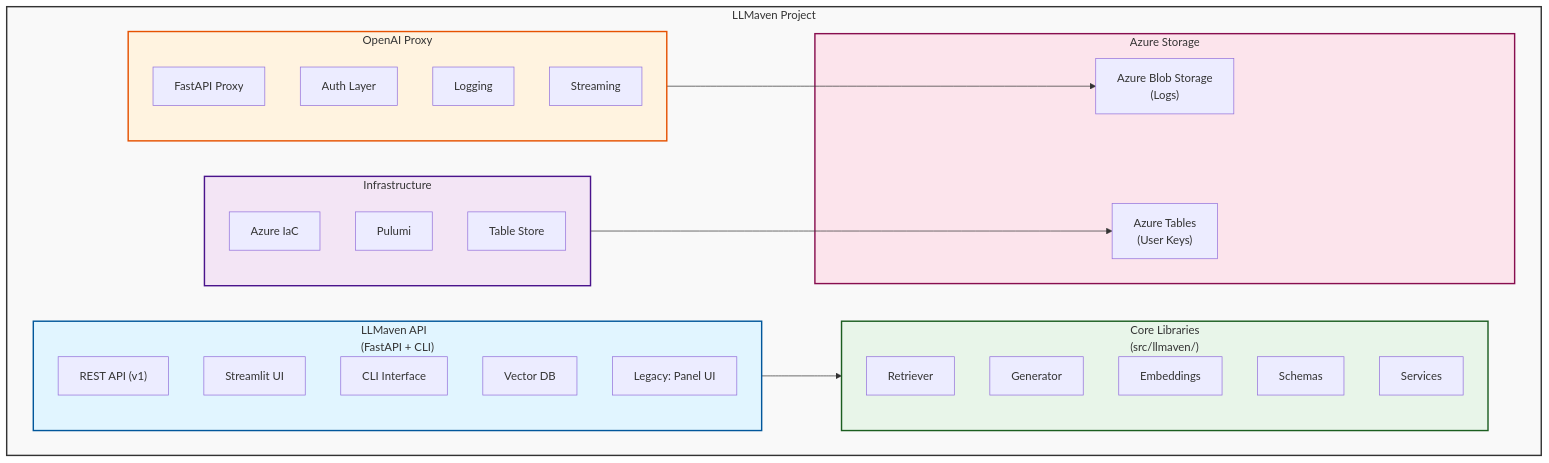
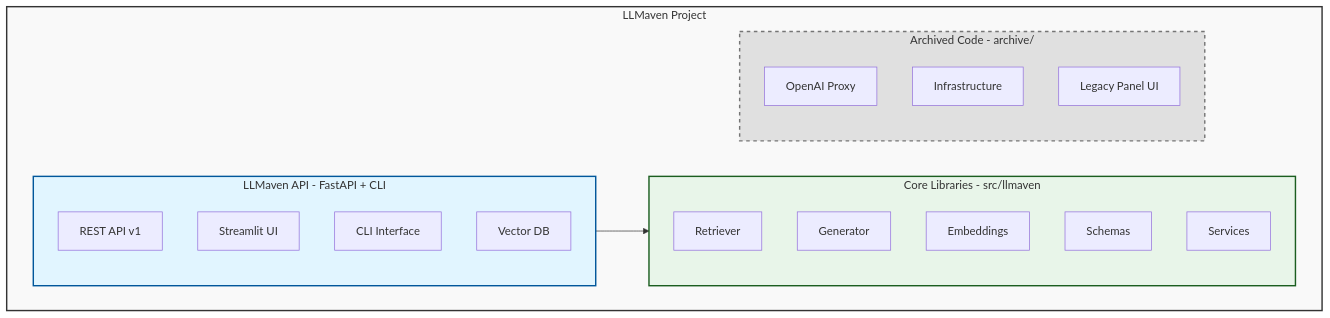
One commit to uw-ssec/llmoxie changed the first of 2 diagrams in AGENTS.md. Above: the diagram before and after it, drawn with Mermaid. The commit also changed other lines of this file and 2 other files, not shown here.

````diff
--- a/AGENTS.md
+++ b/AGENTS.md
@@ -88,49 +88,32 @@
 ```mermaid
 graph TB
-    subgraph LLMaven["LLMaven Project"]
-        subgraph API["LLMaven API<br/>(FastAPI + CLI)"]
-            REST["REST API (v1)"]
-            UI["Streamlit UI"]
-            CLI["CLI Interface"]
-            VDB["Vector DB"]
-            Legacy["Legacy: Panel UI"]
+    subgraph LLMaven[LLMaven Project]
+        subgraph API[LLMaven API - FastAPI + CLI]
+            REST[REST API v1]
+            UI[Streamlit UI]
+            CLI[CLI Interface]
+            VDB[Vector DB]
         end
 
-        subgraph Proxy["OpenAI Proxy"]
-            FastAPI["FastAPI Proxy"]
-            Auth["Auth Layer"]
-            Logging["Logging"]
-            Streaming["Streaming"]
+        subgraph Core[Core Libraries - src/llmaven]
+            Retriever[Retriever]
+            Generator[Generator]
+            Embeddings[Embeddings]
+            Schemas[Schemas]
+            Services[Services]
         end
 
-        subgraph Infra["Infrastructure"]
-            IaC["Azure IaC"]
-            Pulumi["Pulumi"]
-            Tables["Table Store"]
-        end
-
-        subgraph Core["Core Libraries<br/>(src/llmaven/)"]
-            Retriever["Retriever"]
-            Generator["Generator"]
-            Embeddings["Embeddings"]
-            Schemas["Schemas"]
-            Services["Services"]
-        end
-
-        subgraph Storage["Azure Storage"]
-            Blob["Azure Blob Storage<br/>(Logs)"]
-            TableStore["Azure Tables<br/>(User Keys)"]
+        subgraph Archive[Archived Code - archive/]
+            Proxy[OpenAI Proxy]
+            Infra[Infrastructure]
+            Legacy[Legacy Panel UI]
         end
     end
 
     API --> Core
-    Proxy --> Blob
-    Infra --> TableStore
 
     style LLMaven fill:#f9f9f9,stroke:#333,stroke-width:2px
     style API fill:#e1f5ff,stroke:#01579b,stroke-width:2px
-    style Proxy fill:#fff3e0,stroke:#e65100,stroke-width:2px
-    style Infra fill:#f3e5f5,stroke:#4a148c,stroke-width:2px
     style Core fill:#e8f5e9,stroke:#1b5e20,stroke-width:2px
-    style Storage fill:#fce4ec,stroke:#880e4f,stroke-width:2px
+    style Archive fill:#e0e0e0,stroke:#757575,stroke-width:2px,stroke-dasharray: 5 5
 ```
````
